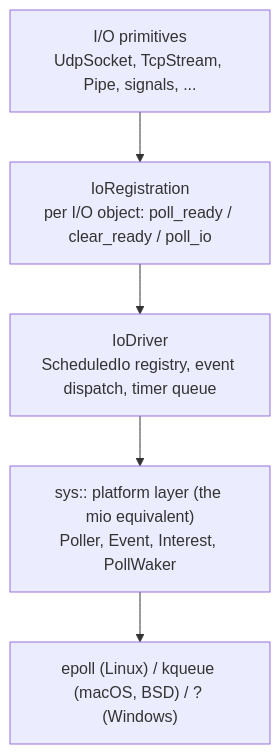
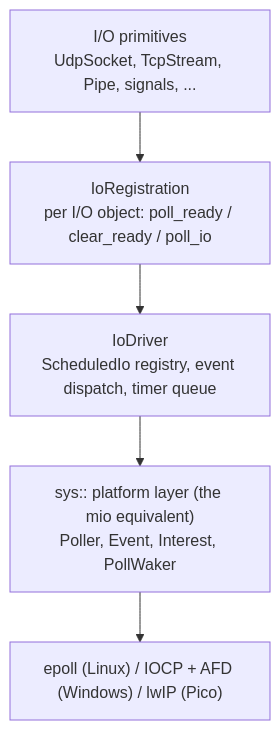
Before and after one commit to bts164/coro: the first of 5 diagrams in doc/design/io_driver.md, drawn with Mermaid. The commit also changed other lines of this file and 107 other files, not shown here.

Commit message:
Added a AFD/IOCP sys poller backend to support a windows port of the library

````diff
--- a/doc/design/io_driver.md
+++ b/doc/design/io_driver.md
@@ -75,9 +76,9 @@
 ```mermaid
 flowchart TD
     P["I/O primitives<br/>UdpSocket, TcpStream, Pipe, signals, ..."]
     R["IoRegistration<br/>per I/O object: poll_ready / clear_ready / poll_io"]
     D["IoDriver<br/>ScheduledIo registry, event dispatch, timer queue"]
     S["sys:: platform layer (the mio equivalent)<br/>Poller, Event, Interest, PollWaker"]
-    OS["epoll (Linux) / kqueue (macOS, BSD) / ? (Windows)"]
+    OS["epoll (Linux) / IOCP + AFD (Windows) / lwIP (Pico)"]
     P --> R --> D --> S --> OS
 ```
````
